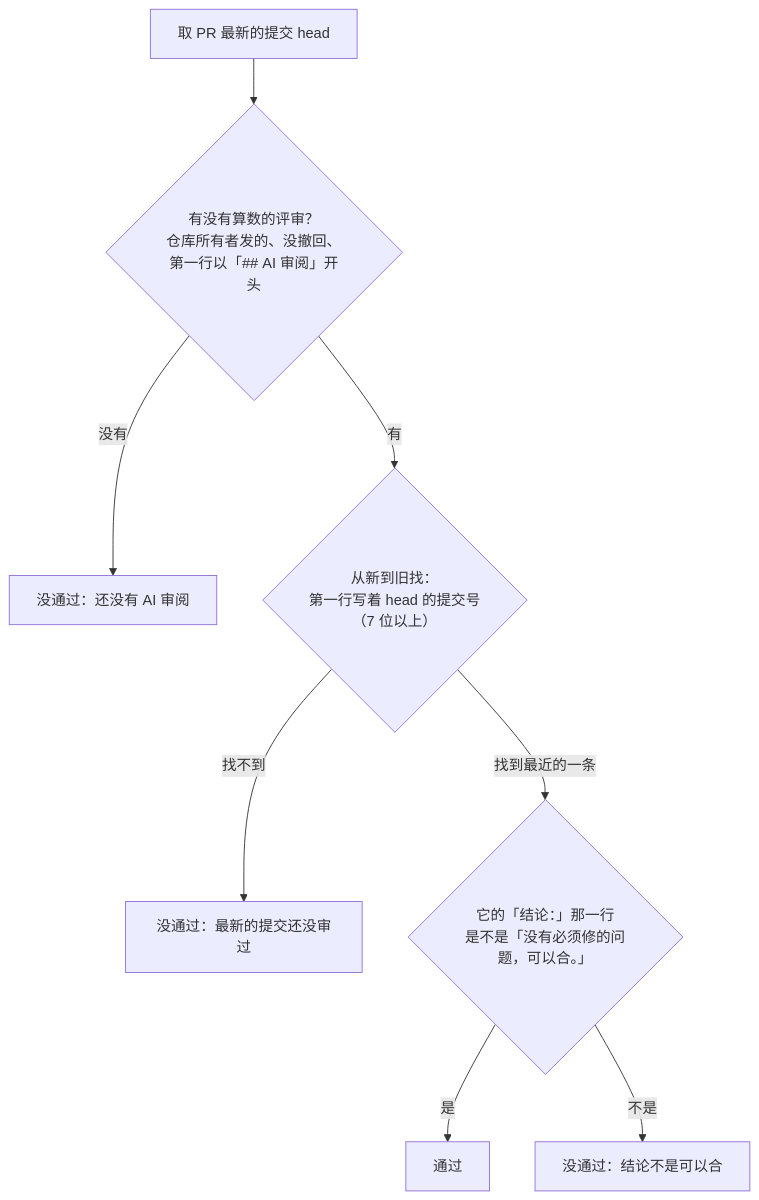
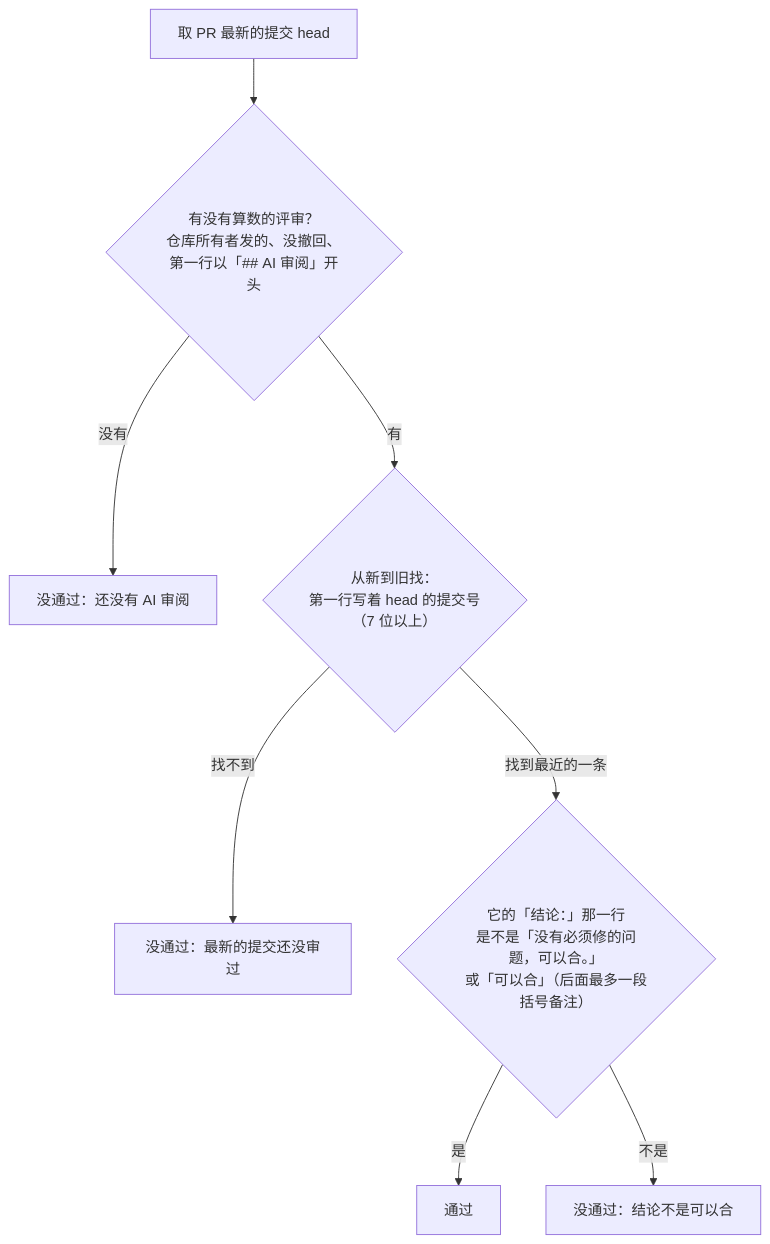
One commit to chunbin1/health-trail changed the second of 3 diagrams in docs/ai-review-flow.md. Above: the diagram before and after it, drawn with Mermaid. The commit also changed other lines of this file and 4 other files, not shown here.

````diff
--- a/docs/ai-review-flow.md
+++ b/docs/ai-review-flow.md
@@ -30,10 +30,10 @@
 ```mermaid
 flowchart TD
     S["取 PR 最新的提交 head"] --> F{"有没有算数的评审？<br/>仓库所有者发的、没撤回、<br/>第一行以「## AI 审阅」开头"}
     F -->|"没有"| N1["没通过：还没有 AI 审阅"]
     F -->|"有"| H{"从新到旧找：<br/>第一行写着 head 的提交号<br/>（7 位以上）"}
     H -->|"找不到"| N2["没通过：最新的提交还没审过"]
-    H -->|"找到最近的一条"| C{"它的「结论：」那一行<br/>是不是「没有必须修的问题，可以合。」"}
+    H -->|"找到最近的一条"| C{"它的「结论：」那一行<br/>是不是「没有必须修的问题，可以合。」<br/>或「可以合」（后面最多一段括号备注）"}
     C -->|"是"| Y["通过"]
     C -->|"不是"| N3["没通过：结论不是可以合"]
 ```
````
